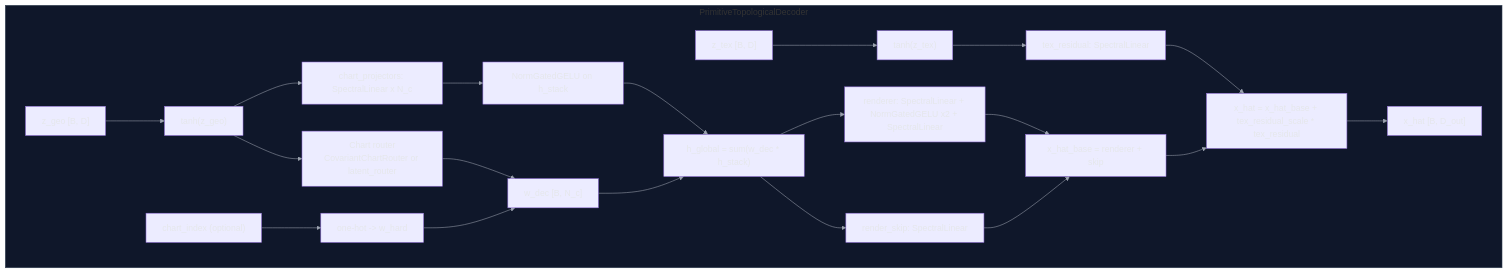
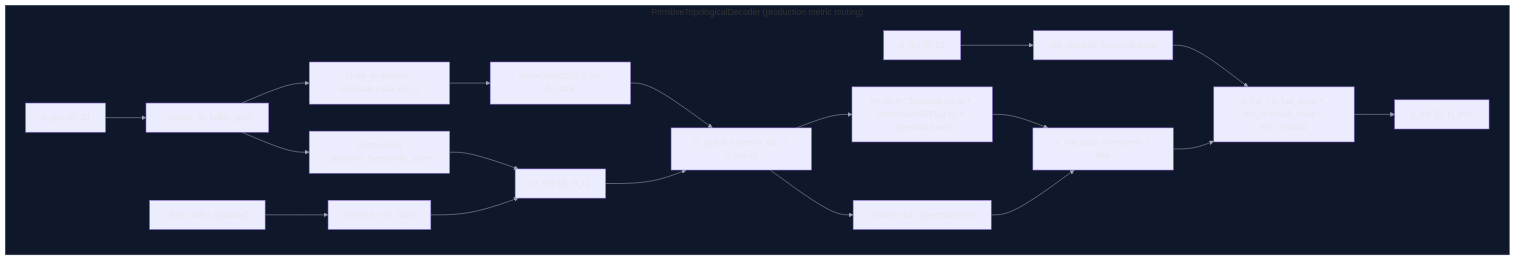
One commit to FragileTech/fragile changed the third of 4 diagrams in docs/source/1_agent/03_architecture/02_disentangled_vae.md. Above: the diagram before and after it, drawn with Mermaid. The commit also changed other lines of this file and 127 other files, not shown here.

````diff
--- a/docs/source/1_agent/03_architecture/02_disentangled_vae.md
+++ b/docs/source/1_agent/03_architecture/02_disentangled_vae.md
@@ -184,27 +168,26 @@
 ```{mermaid}
 %%{init: {"themeVariables": {"background":"#0b111b","edgeLabelBackground":"#111827","textColor":"#e5e7eb","lineColor":"#9ca3af","primaryColor":"#1f2937","primaryTextColor":"#e5e7eb","clusterBkg":"#0f172a","clusterBorder":"#334155"}}}%%
 flowchart TD
-    subgraph DEC["PrimitiveTopologicalDecoder"]
-        Zgeo["z_geo [B, D]"] --> TanhG["tanh(z_geo)"]
-        TanhG --> RouterDec["Chart router\nCovariantChartRouter or latent_router"]
+    subgraph DEC["PrimitiveTopologicalDecoder (production metric routing)"]
+        Zgeo["z_geo [B, D]"] --> BallG["_project_to_ball(z_geo)"]
+        BallG --> RouterDec["Chart router\n_poincare_hyperbolic_score"]
         RouterDec --> Wdec["w_dec [B, N_c]"]
         ChartIdx["chart_index (optional)"] --> OneHot["one-hot -> w_hard"]
         OneHot --> Wdec
 
-        TanhG --> ChartProj["chart_projectors: SpectralLinear x N_c"]
+        BallG --> ChartProj["chart_projectors: SpectralLinear x N_c"]
         ChartProj --> Gate["NormGatedGELU on h_stack"]
         Gate --> Mix["h_global = sum(w_dec * h_stack)"]
         Wdec --> Mix
 
         Mix --> Renderer["renderer: SpectralLinear + NormGatedGELU x2 + SpectralLinear"]
         Mix --> Skip["render_skip: SpectralLinear"]
         Renderer --> AddSkip["x_hat_base = renderer + skip"]
         Skip --> AddSkip
 
-        Ztex["z_tex [B, D]"] --> TanhT["tanh(z_tex)"]
-        TanhT --> TexRes["tex_residual: SpectralLinear"]
+        Ztex["z_tex [B, D]"] --> TexRes["tex_residual: SpectralLinear"]
         TexRes --> AddTex["x_hat = x_hat_base + tex_residual_scale * tex_residual"]
         AddSkip --> AddTex
         AddTex --> Xhat["x_hat [B, D_out]"]
     end
 ```
````
